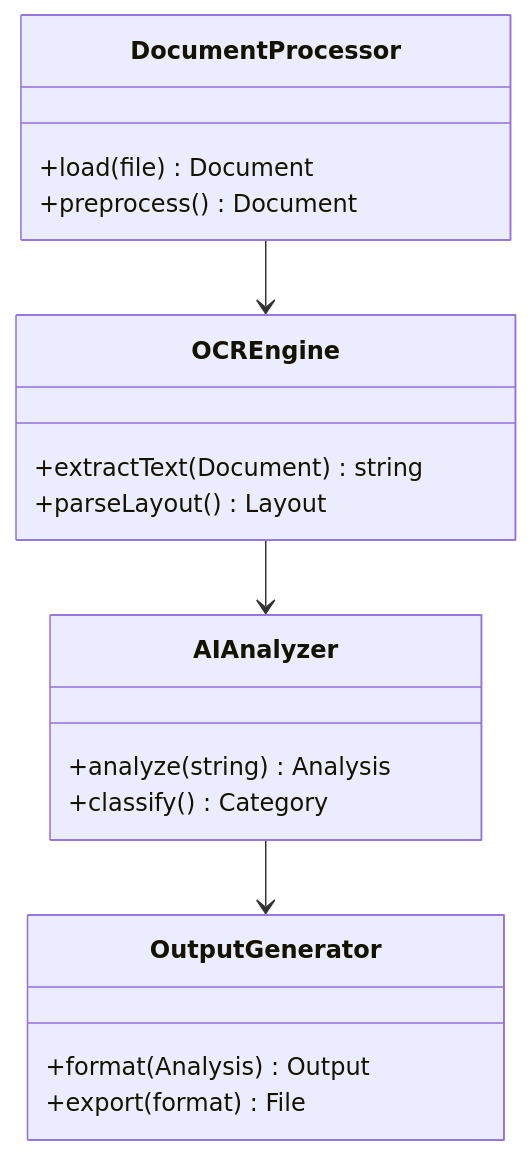
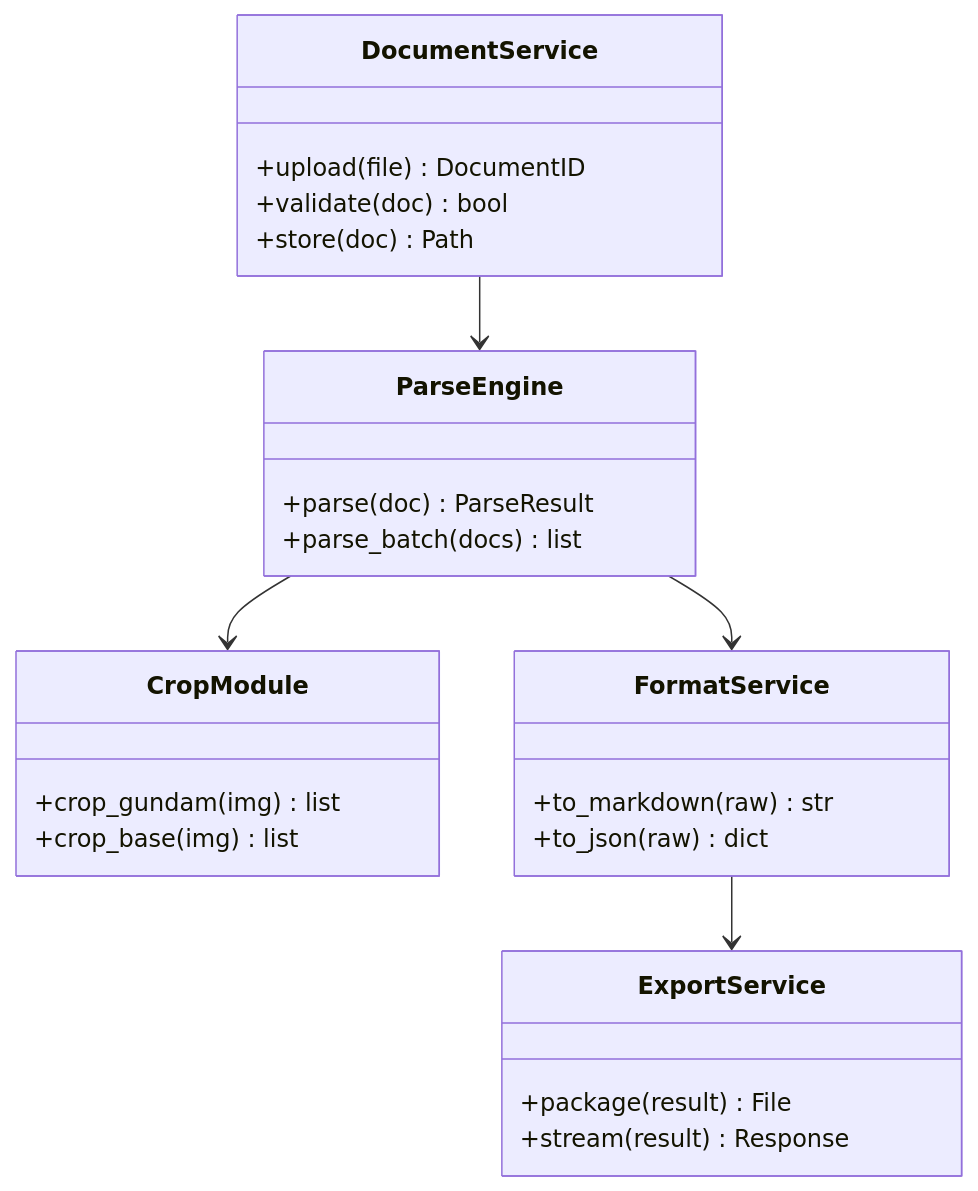
The fifth of 12 diagrams in pipeline_report.md (karun99/Collabuild), drawn with Mermaid before and after one commit. The commit also changed other lines of this file and 17 other files, not shown here.

````diff
--- a/pipeline_report.md
+++ b/pipeline_report.md
@@ -198,22 +173,28 @@
 ```mermaid
 classDiagram
-    class DocumentProcessor {
-        +load(file) Document
-        +preprocess() Document
+    class DocumentService {
+        +upload(file) DocumentID
+        +validate(doc) bool
+        +store(doc) Path
     }
-    class OCREngine {
-        +extractText(Document) string
-        +parseLayout() Layout
+    class ParseEngine {
+        +parse(doc) ParseResult
+        +parse_batch(docs) list
     }
-    class AIAnalyzer {
-        +analyze(string) Analysis
-        +classify() Category
+    class CropModule {
+        +crop_gundam(img) list
+        +crop_base(img) list
     }
-    class OutputGenerator {
-        +format(Analysis) Output
-        +export(format) File
+    class FormatService {
+        +to_markdown(raw) str
+        +to_json(raw) dict
     }
-    DocumentProcessor --> OCREngine
-    OCREngine --> AIAnalyzer
-    AIAnalyzer --> OutputGenerator
+    class ExportService {
+        +package(result) File
+        +stream(result) Response
+    }
+    DocumentService --> ParseEngine
+    ParseEngine --> CropModule
+    ParseEngine --> FormatService
+    FormatService --> ExportService
 ```
````
